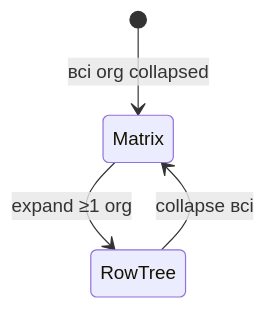
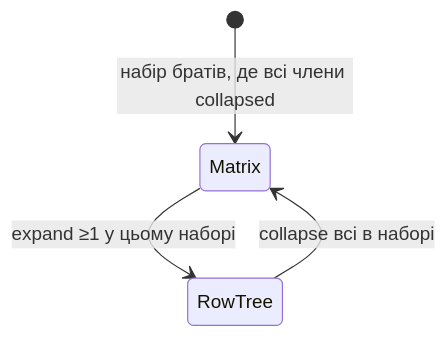
The diagram in work/SPEC.md (b2vv/dg), drawn with Mermaid before and after one commit. The commit also changed other lines of this file and 13 other files, not shown here.

````diff
--- a/work/SPEC.md
+++ b/work/SPEC.md
@@ -34,6 +42,6 @@
 ```mermaid
 stateDiagram-v2
-  [*] --> Matrix: всі org collapsed
-  Matrix --> RowTree: expand ≥1 org
-  RowTree --> Matrix: collapse всі
+  [*] --> Matrix: набір братів, де всі члени collapsed
+  Matrix --> RowTree: expand ≥1 у цьому наборі
+  RowTree --> Matrix: collapse всі в наборі
 ```
````
